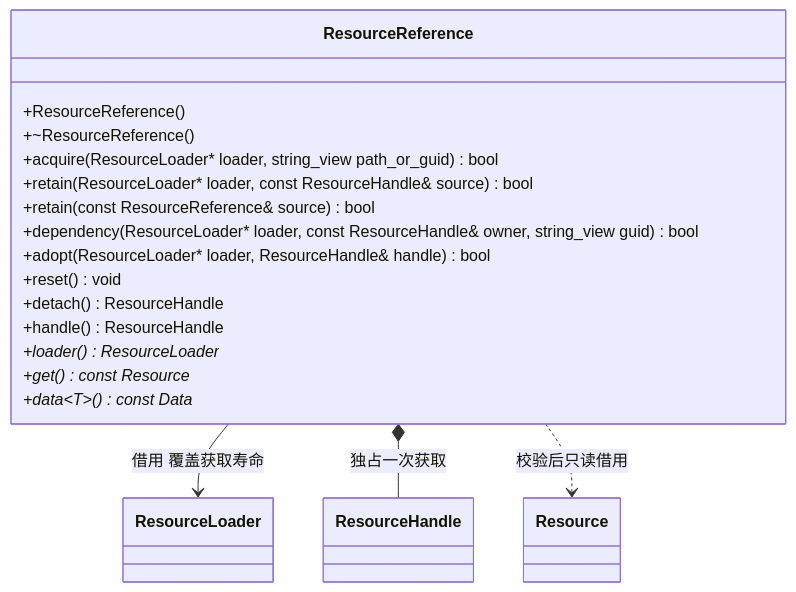
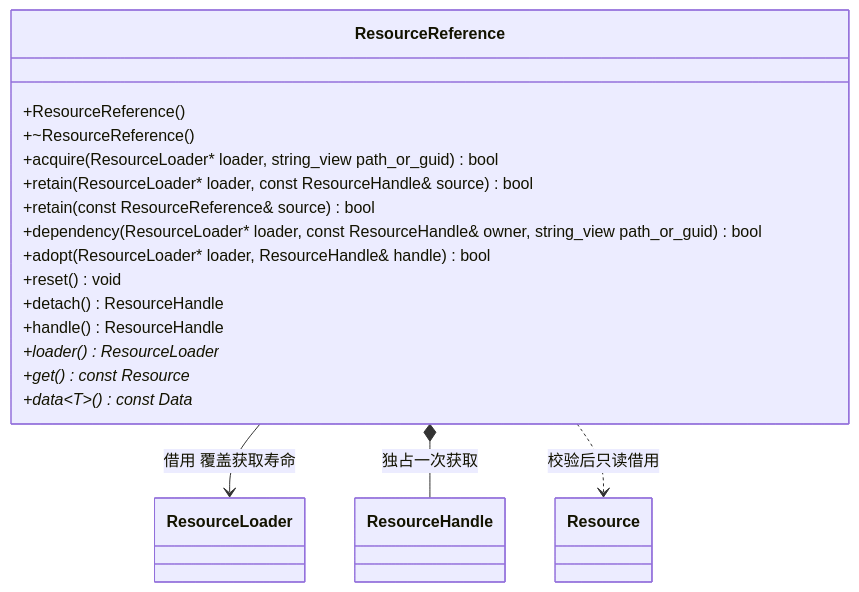
Before and after one commit to lcals/Engine: the second of 5 diagrams in docs/runtime/class-diagrams/resource-loader.md, drawn with Mermaid. The commit also changed other lines of this file and 119 other files, not shown here.

````diff
--- a/docs/runtime/class-diagrams/resource-loader.md
+++ b/docs/runtime/class-diagrams/resource-loader.md
@@ -53,24 +56,24 @@
 ```mermaid
 classDiagram
     class ResourceReference {
         +ResourceReference()
         +~ResourceReference()
         +acquire(ResourceLoader* loader, string_view path_or_guid) bool
         +retain(ResourceLoader* loader, const ResourceHandle& source) bool
         +retain(const ResourceReference& source) bool
-        +dependency(ResourceLoader* loader, const ResourceHandle& owner, string_view guid) bool
+        +dependency(ResourceLoader* loader, const ResourceHandle& owner, string_view path_or_guid) bool
         +adopt(ResourceLoader* loader, ResourceHandle& handle) bool
         +reset() void
         +detach() ResourceHandle
         +handle() ResourceHandle
         +loader() ResourceLoader*
         +get() const Resource*
         +data~T~() const Data*
     }
     class ResourceLoader
     class ResourceHandle
     class Resource
     ResourceReference --> ResourceLoader : 借用 覆盖获取寿命
     ResourceReference *-- ResourceHandle : 独占一次获取
     ResourceReference ..> Resource : 校验后只读借用
 ```
````
